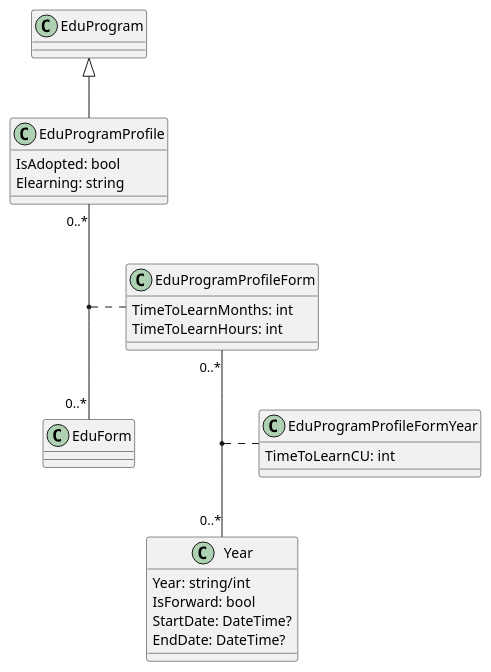
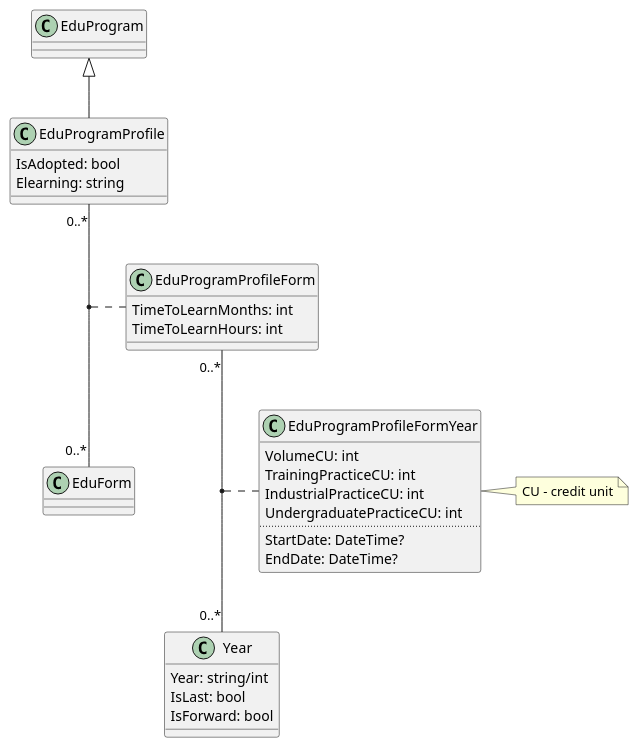
One commit to r7-labs/R7.University changed the diagram in doc/EduProgramVolume.puml. Above: the diagram before and after it, drawn with PlantUML. The commit also changed 1 other file, not shown here.

Commit message:
[WIP] Update class diagrams for edu. program volume and contingent GH-235

```diff
--- a/doc/EduProgramVolume.puml
+++ b/doc/EduProgramVolume.puml
@@ -1,33 +1,39 @@
 @startuml Volume of educational program
 
 EduProgram <|-- EduProgramProfile
 
 EduProgramProfile "0..*" -- "0..*" EduForm
 (EduProgramProfile, EduForm) .. EduProgramProfileForm
 
 EduProgramProfileForm "0..*" -- "0..*" Year
 (EduProgramProfileForm, Year) .. EduProgramProfileFormYear
 
 class EduProgramProfile {
     IsAdopted: bool
     Elearning: string
 }
  
 class Year {
     Year: string/int
+    IsLast: bool
     IsForward: bool
-    StartDate: DateTime?
-    EndDate: DateTime?
 }
 
 class EduProgramProfileForm {
     TimeToLearnMonths: int
     TimeToLearnHours: int
 }
 
-' CU - credit unit
 class EduProgramProfileFormYear {
-    TimeToLearnCU: int
+    VolumeCU: int
+    TrainingPracticeCU: int
+    IndustrialPracticeCU: int
+    UndergraduatePracticeCU: int
+    ..
+    StartDate: DateTime?
+    EndDate: DateTime?
 }
 
+note right: CU - credit unit
+
 @enduml
```
